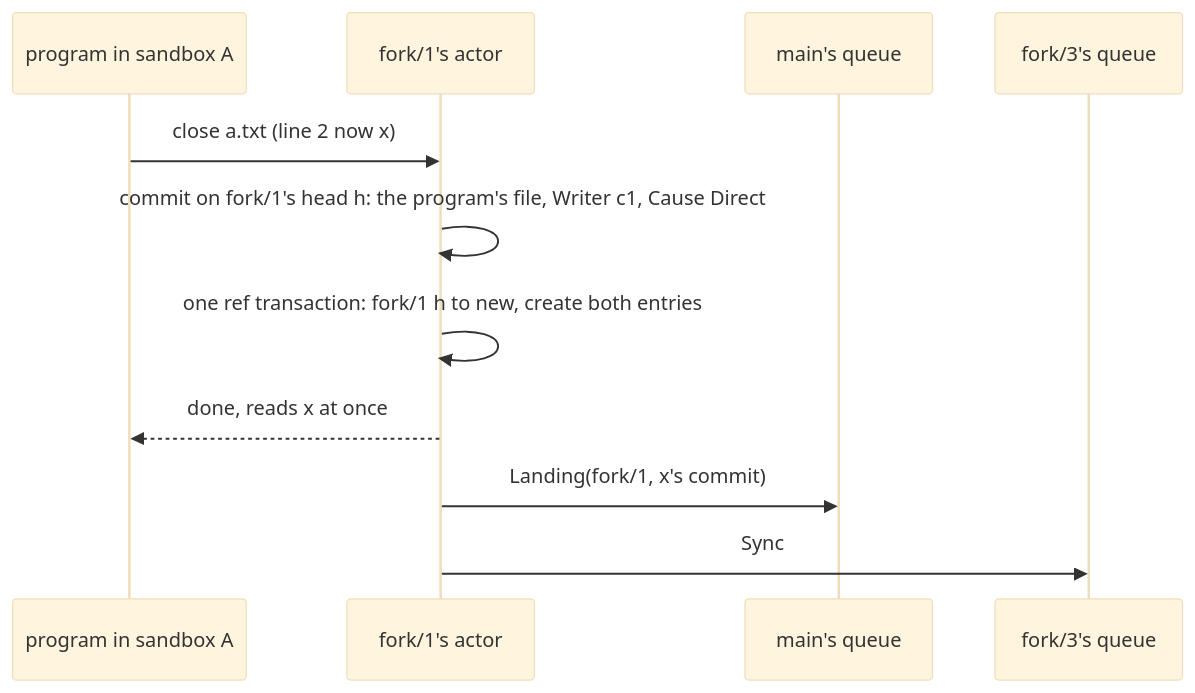
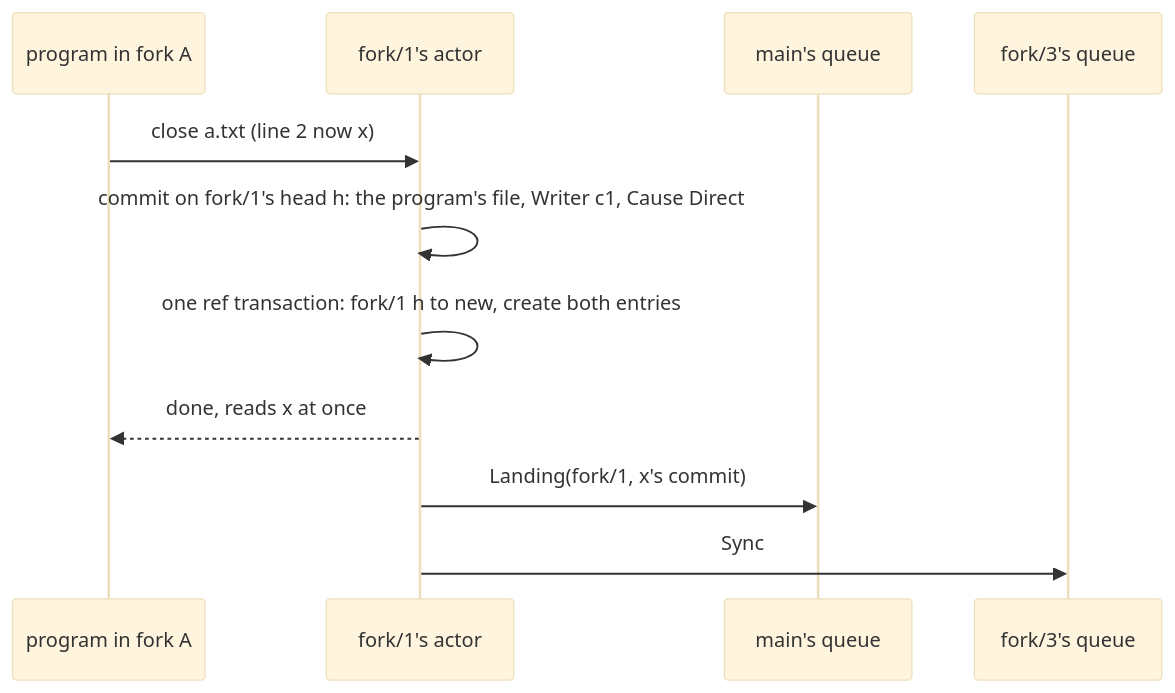
One commit to mcurcio/agentfs changed the second of 7 diagrams in docs/target-architecture/git-model.md. Above: the diagram before and after it, drawn with Mermaid (base theme). The commit also changed other lines of this file and 25 other files, not shown here.

First line of the commit message:
docs(target-architecture): use upstream/fork and record owner answers

````diff
--- a/docs/target-architecture/git-model.md
+++ b/docs/target-architecture/git-model.md
@@ -320,13 +320,13 @@
 ```mermaid
 sequenceDiagram
-  participant P as program in sandbox A
+  participant P as program in fork A
   participant A as fork/1's actor
   participant QM as main's queue
   participant QC as fork/3's queue
   P->>A: close a.txt (line 2 now x)
   A->>A: commit on fork/1's head h: the program's file, Writer c1, Cause Direct
   A->>A: one ref transaction: fork/1 h to new, create both entries
   A-->>P: done, reads x at once
   A->>QM: Landing(fork/1, x's commit)
   A->>QC: Sync
 ```
````
